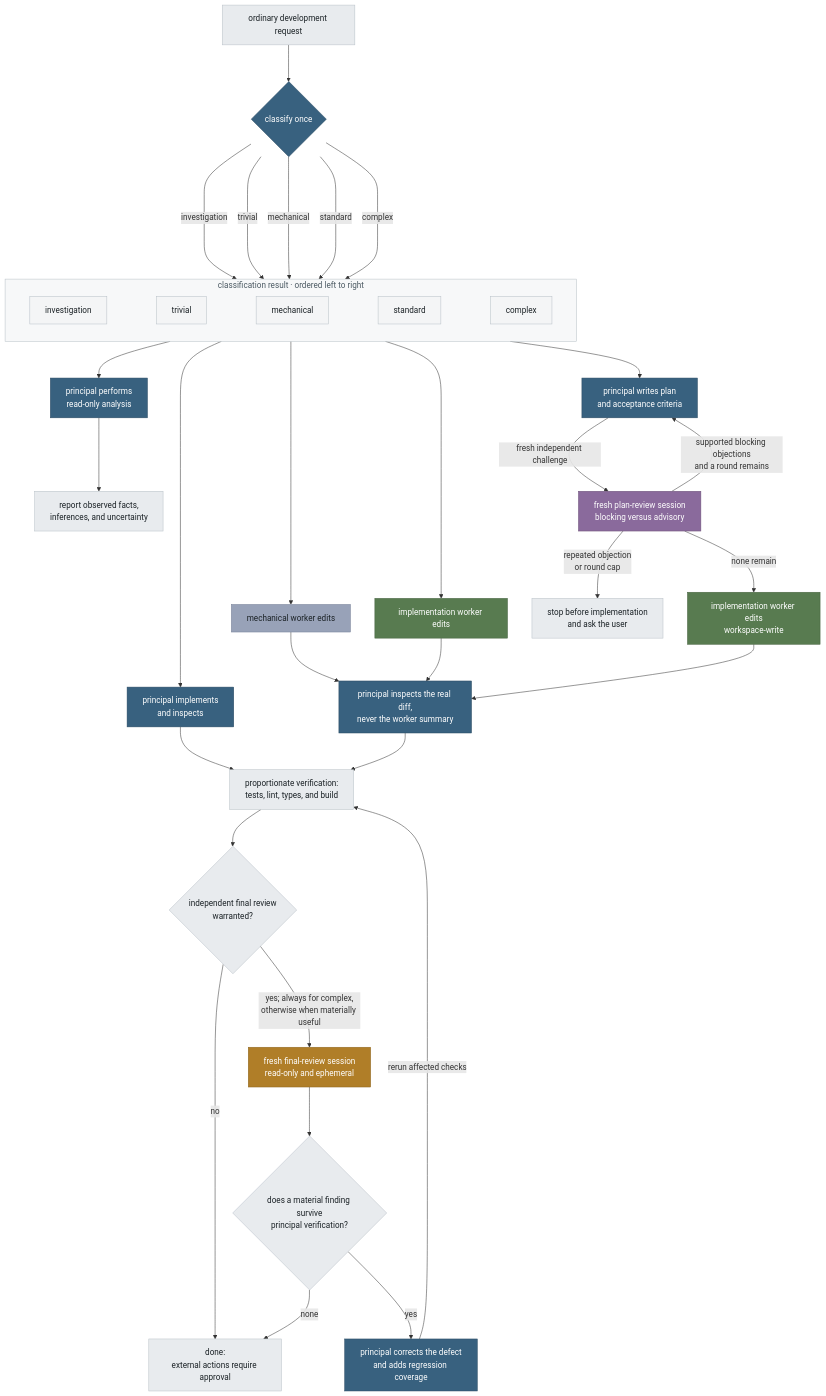
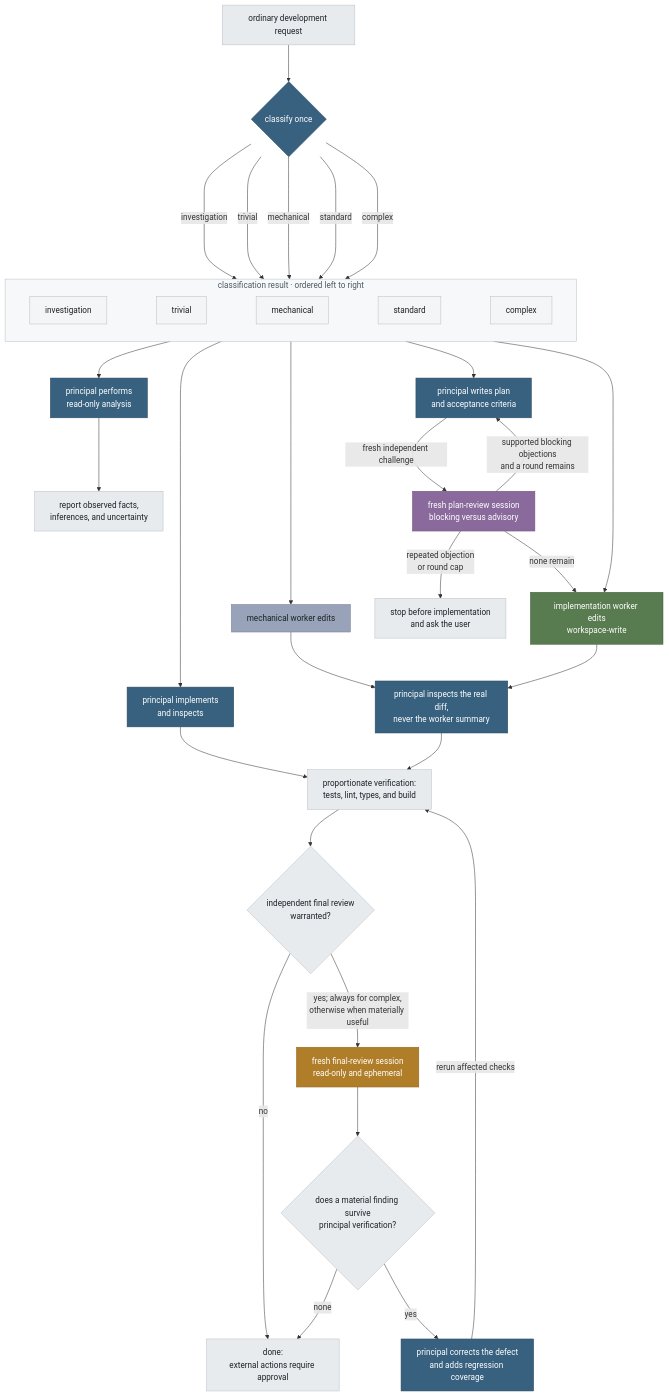
The diagram in README.md (nikfilippas/orrery), drawn with Mermaid before and after one commit. The commit also changed other lines of this file and 16 other files, not shown here.

````diff
--- a/README.md
+++ b/README.md
@@ -23,62 +32,61 @@
 ```mermaid
 %%{init: {"flowchart": {"curve": "basis", "nodeSpacing": 48, "rankSpacing": 72}}}%%
 flowchart TB
     U["ordinary development request"] --> C{"classify once"}
 
     subgraph ROUTES["classification result · ordered left to right"]
       direction LR
       I0["investigation"] ~~~ T0["trivial"] ~~~ M0["mechanical"] ~~~ S0["standard"] ~~~ X0["complex"]
     end
     style ROUTES fill:#f7f8f9,stroke:#b8c0c7,color:#4c5a63,stroke-width:1px
 
     C ---->|investigation| I0
     C ---->|trivial| T0
     C ---->|mechanical| M0
     C ---->|standard| S0
     C ---->|complex| X0
 
     I0 --> INV["principal performs<br/>read-only analysis"]
     INV --> REPORT["report observed facts,<br/>inferences, and uncertainty"]
 
     T0 --> TRI["principal implements<br/>and inspects"]
     M0 --> MEC["mechanical worker edits"]
-    S0 --> STD["implementation worker edits"]
+    S0 --> STD["implementation worker edits<br/>workspace-write"]
 
     X0 --> PLAN["principal writes plan<br/>and acceptance criteria"]
     PLAN -->|fresh independent challenge| PLAN_REVIEW["fresh plan-review session<br/>blocking versus advisory"]
     PLAN_REVIEW -->|supported blocking objections<br/>and a round remains| PLAN
-    PLAN_REVIEW -->|none remain| COMPLEX_IMPL["implementation worker edits<br/>workspace-write"]
+    PLAN_REVIEW -->|none remain| STD
     PLAN_REVIEW -->|repeated objection<br/>or round cap| ESCALATE["stop before implementation<br/>and ask the user"]
 
     MEC --> INSPECT["principal inspects the real diff,<br/>never the worker summary"]
     STD --> INSPECT
-    COMPLEX_IMPL --> INSPECT
 
     TRI --> VERIFY["proportionate verification:<br/>tests, lint, types, and build"]
     INSPECT --> VERIFY
 
     VERIFY --> REVIEW_GATE{"independent final review<br/>warranted?"}
     REVIEW_GATE -->|no| DONE["done:<br/>external actions require approval"]
     REVIEW_GATE -->|yes; always for complex,<br/>otherwise when materially useful| REVIEW["fresh final-review session<br/>read-only and ephemeral"]
 
     REVIEW --> FINDINGS{"does a material finding survive<br/>principal verification?"}
     FINDINGS -->|none| DONE
     FINDINGS -->|yes| CORRECT["principal corrects the defect<br/>and adds regression coverage"]
     CORRECT -->|rerun affected checks| VERIFY
 
     classDef principal fill:#38617f,stroke:#2a4a62,color:#ffffff
     classDef mechanic fill:#98a2b8,stroke:#737d94,color:#1b2226
     classDef implementer fill:#587b50,stroke:#44603e,color:#ffffff
     classDef planreviewer fill:#8a6a9c,stroke:#6d5279,color:#ffffff
     classDef reviewer fill:#b07e28,stroke:#8c641f,color:#ffffff
     classDef quiet fill:#e8ebee,stroke:#b8c0c7,color:#1b2226
     classDef route fill:#f4f5f6,stroke:#b8c0c7,color:#1b2226
 
     class C,INV,TRI,PLAN,INSPECT,CORRECT principal
     class MEC mechanic
-    class STD,COMPLEX_IMPL implementer
+    class STD implementer
     class PLAN_REVIEW planreviewer
     class REVIEW reviewer
     class U,REPORT,ESCALATE,VERIFY,REVIEW_GATE,FINDINGS,DONE quiet
     class I0,T0,M0,S0,X0 route
 ```
````
